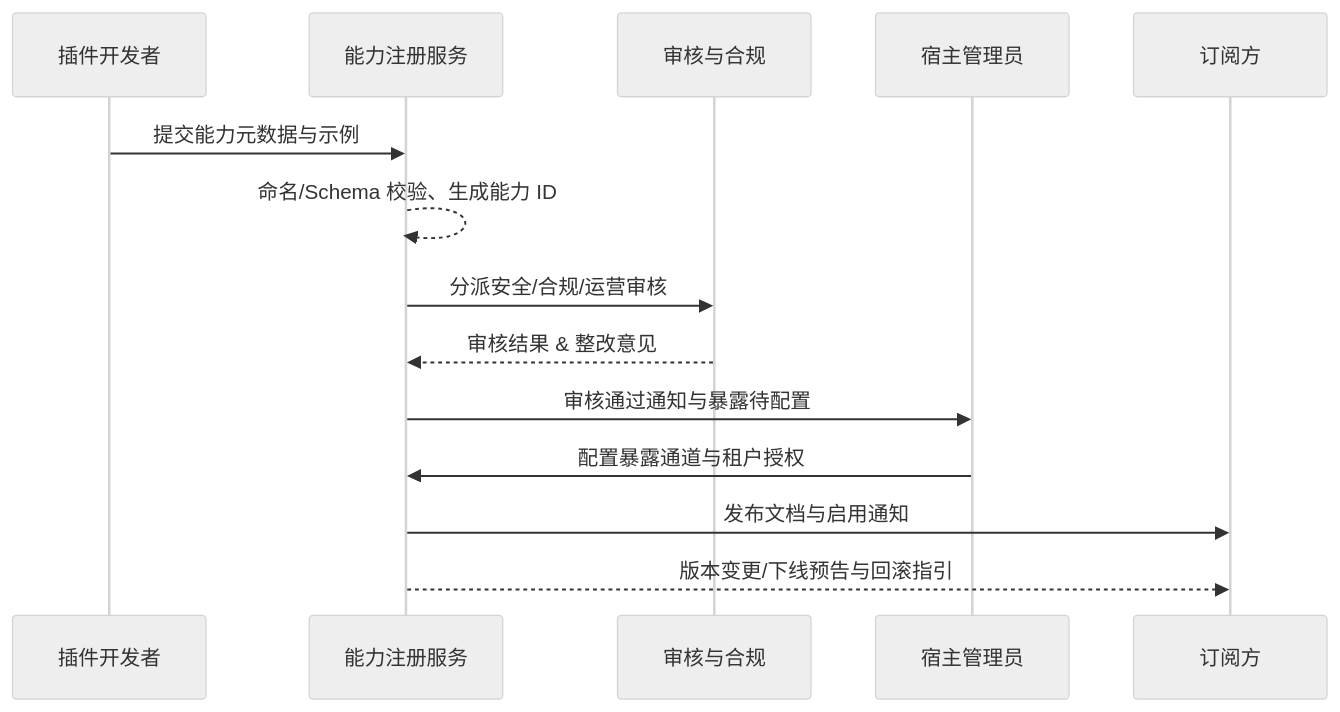
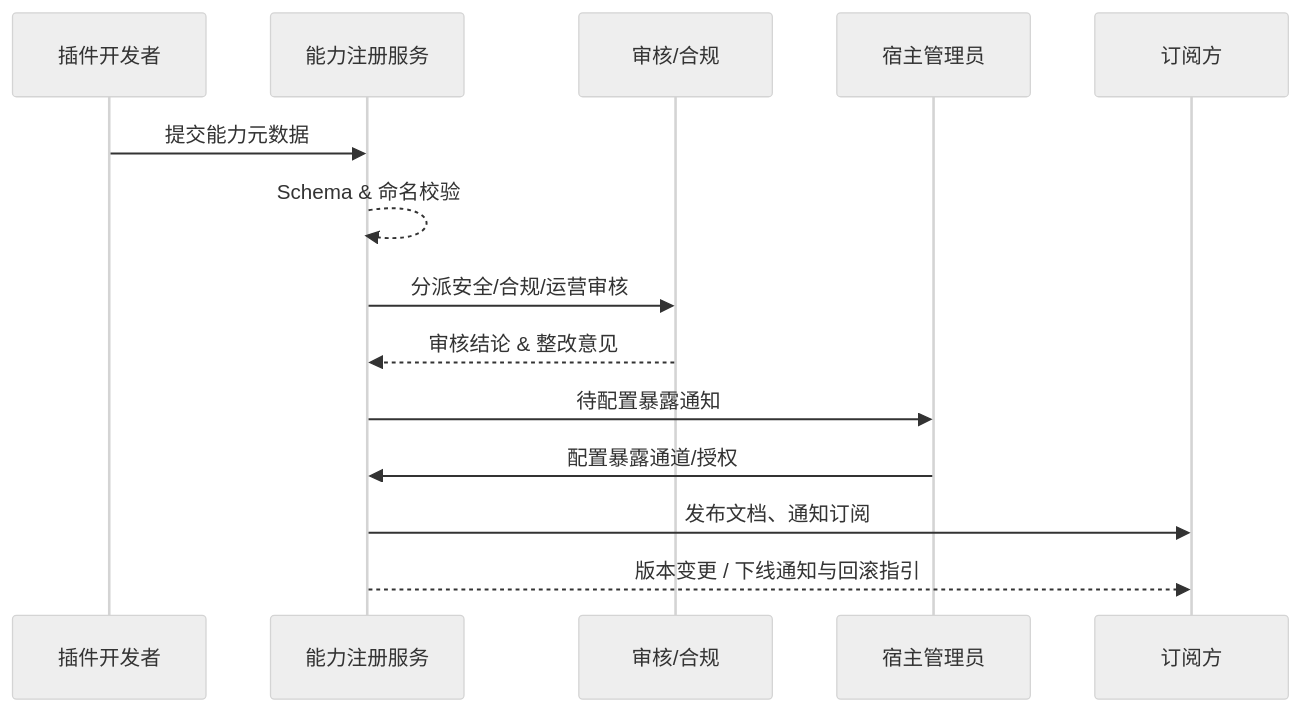
The diagram in docs/use_cases/_from_hub/SCN-INT-PLUGIN-CAPABILITY-001/SCN-INT-PLUGIN-CAPABILITY-001.md (ArtisanCloud/PowerXPlugin), drawn with Mermaid (neutral theme) before and after one commit. The commit also changed other lines of this file, not shown here.

````diff
--- a/docs/use_cases/_from_hub/SCN-INT-PLUGIN-CAPABILITY-001/SCN-INT-PLUGIN-CAPABILITY-001.md
+++ b/docs/use_cases/_from_hub/SCN-INT-PLUGIN-CAPABILITY-001/SCN-INT-PLUGIN-CAPABILITY-001.md
@@ -67,17 +75,17 @@
 ```mermaid
 sequenceDiagram
   participant Vendor as 插件开发者
   participant Registry as 能力注册服务
-  participant Compliance as 审核与合规
+  participant Compliance as 审核/合规
   participant HostAdmin as 宿主管理员
   participant Consumer as 订阅方
 
-  Vendor->>Registry: 提交能力元数据与示例
-  Registry-->>Registry: 命名/Schema 校验、生成能力 ID
+  Vendor->>Registry: 提交能力元数据
+  Registry-->>Registry: Schema & 命名校验
   Registry->>Compliance: 分派安全/合规/运营审核
-  Compliance-->>Registry: 审核结果 & 整改意见
-  Registry->>HostAdmin: 审核通过通知与暴露待配置
-  HostAdmin->>Registry: 配置暴露通道与租户授权
-  Registry->>Consumer: 发布文档与启用通知
-  Registry-->>Consumer: 版本变更/下线预告与回滚指引
+  Compliance-->>Registry: 审核结论 & 整改意见
+  Registry->>HostAdmin: 待配置暴露通知
+  HostAdmin->>Registry: 配置暴露通道/授权
+  Registry->>Consumer: 发布文档、通知订阅
+  Registry-->>Consumer: 版本变更 / 下线通知与回滚指引
 ```
````
